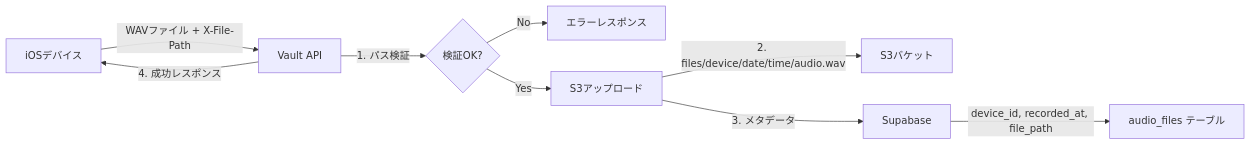
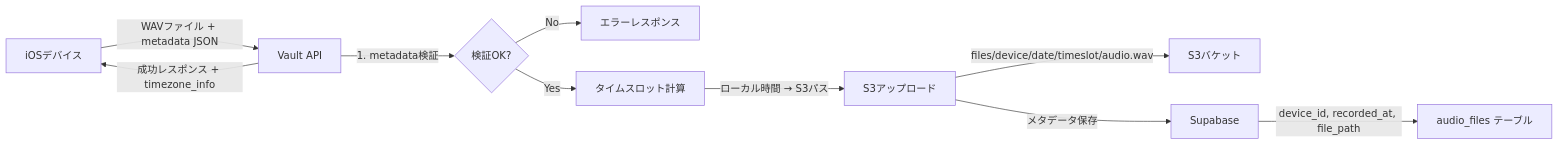
One commit to hey-watchme/api-vault changed the diagram in README.md. Above: the diagram before and after it, drawn with Mermaid. The commit also changed other lines of this file, not shown here.

````diff
--- a/README.md
+++ b/README.md
@@ -459,11 +497,12 @@
 ```mermaid
 graph LR
-    A[iOSデバイス] -->|WAVファイル + X-File-Path| B[Vault API]
-    B -->|1. パス検証| C{検証OK?}
+    A[iOSデバイス] -->|WAVファイル + metadata JSON| B[Vault API]
+    B -->|1. metadata検証| C{検証OK?}
     C -->|No| D[エラーレスポンス]
-    C -->|Yes| E[S3アップロード]
-    E -->|2. files/device/date/time/audio.wav| F[S3バケット]
-    E -->|3. メタデータ| G[Supabase]
-    G -->|device_id, recorded_at, file_path| H[audio_files テーブル]
-    B -->|4. 成功レスポンス| A
+    C -->|Yes| E[タイムスロット計算]
+    E -->|ローカル時間 → S3パス| F[S3アップロード]
+    F -->|files/device/date/timeslot/audio.wav| G[S3バケット]
+    F -->|メタデータ保存| H[Supabase]
+    H -->|device_id, recorded_at, file_path| I[audio_files テーブル]
+    B -->|成功レスポンス + timezone_info| A
 ```
````
